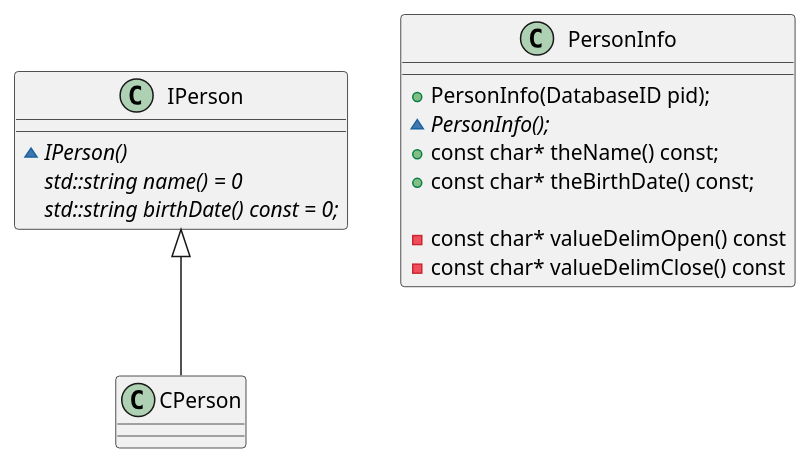
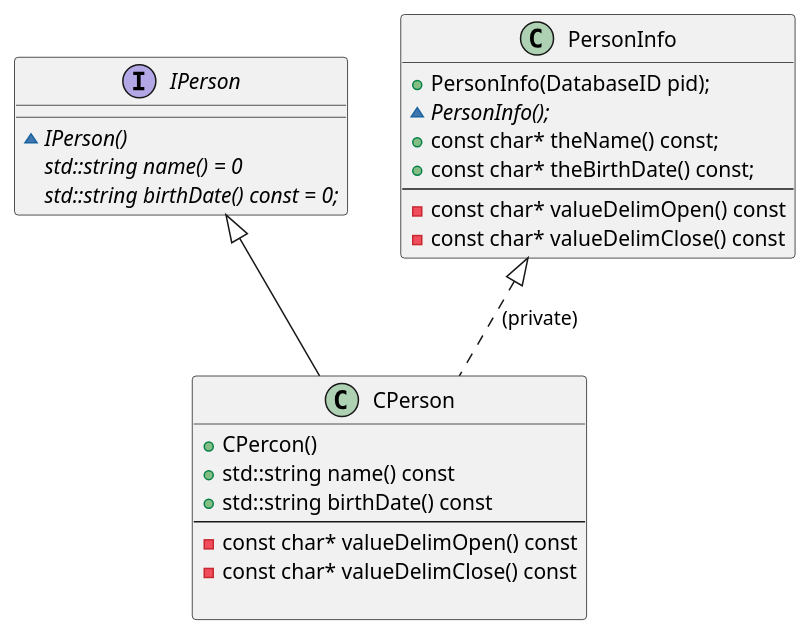
One commit to a67878813/cplusplus_learn_tests changed the second of 2 diagrams in test2.puml. Above: the diagram before and after it, drawn with PlantUML. The commit also changed 1 other file, not shown here.

```diff
--- a/test2.puml
+++ b/test2.puml
@@ -98,23 +98,30 @@
 @startuml
-class IPerson{
+interface  IPerson{
     {abstract} ~IPerson()
     {abstract} std::string name() = 0
     {abstract} std::string birthDate() const = 0;
 
 }
 
 class CPerson{
+    +CPercon()
+    +std::string name() const 
+    +std::string birthDate() const 
+    --
+    -const char* valueDelimOpen() const 
+    -const char* valueDelimClose() const
 
 }
 class PersonInfo{
     +PersonInfo(DatabaseID pid);
     {abstract} ~PersonInfo();
     +const char* theName() const;
     +const char* theBirthDate() const;
-
+    --
     - const char* valueDelimOpen() const
     - const char* valueDelimClose() const
 }
 IPerson <|-- CPerson
+PersonInfo <|.. CPerson :(private)
 
 @enduml
```
